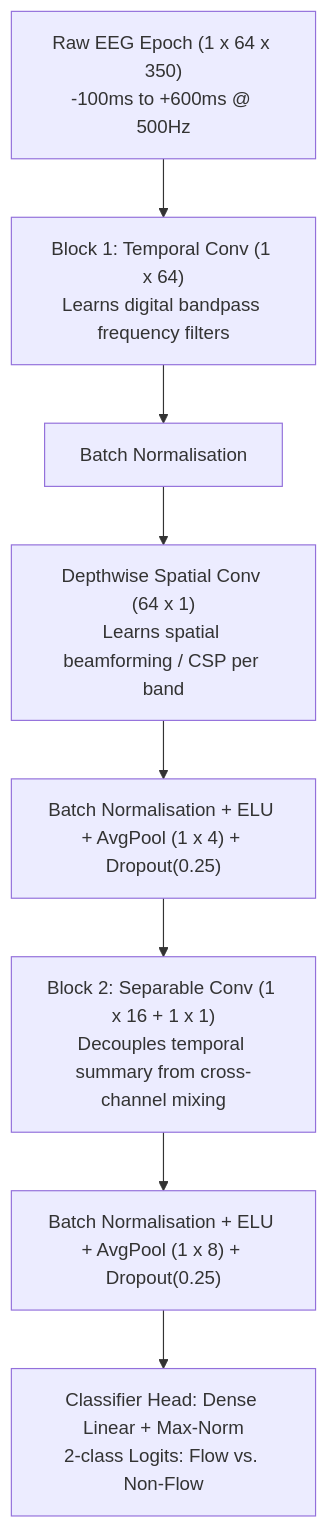
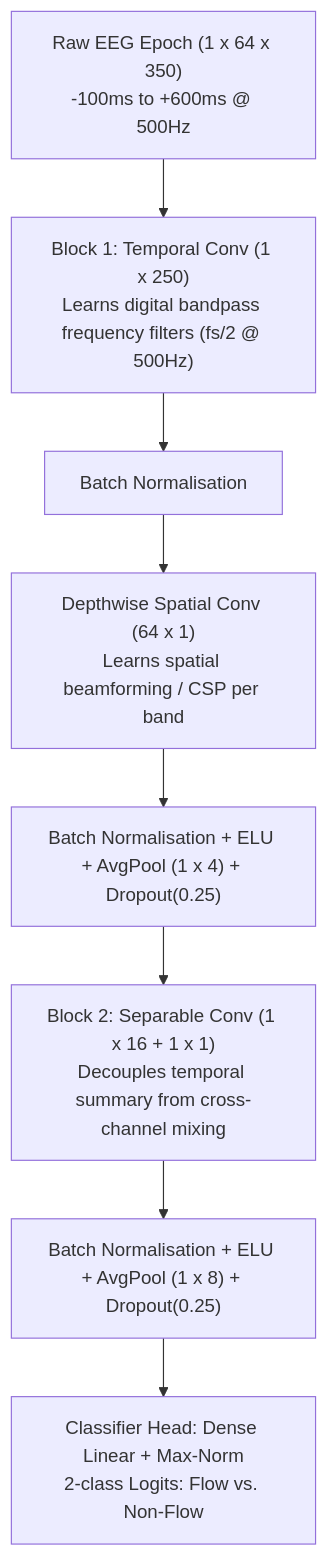
The diagram in docs/eegnet_architecture_summary.md (SKR-Psych/vr-eeg-flow-classifier), drawn with Mermaid before and after one commit. The commit also changed other lines of this file and 3 other files, not shown here.

Commit message:
feat: implement EEGNet architecture with max-norm constraints, unit tests, and documentation

````diff
--- a/docs/eegnet_architecture_summary.md
+++ b/docs/eegnet_architecture_summary.md
@@ -20,10 +20,10 @@
 ```mermaid
 graph TD
-    A["Raw EEG Epoch (1 x 64 x 350)<br/>-100ms to +600ms @ 500Hz"] --> B["Block 1: Temporal Conv (1 x 64)<br/>Learns digital bandpass frequency filters"]
+    A["Raw EEG Epoch (1 x 64 x 350)<br/>-100ms to +600ms @ 500Hz"] --> B["Block 1: Temporal Conv (1 x 250)<br/>Learns digital bandpass frequency filters (fs/2 @ 500Hz)"]
     B --> C["Batch Normalisation"]
     C --> D["Depthwise Spatial Conv (64 x 1)<br/>Learns spatial beamforming / CSP per band"]
     D --> E["Batch Normalisation + ELU + AvgPool (1 x 4) + Dropout(0.25)"]
     E --> F["Block 2: Separable Conv (1 x 16 + 1 x 1)<br/>Decouples temporal summary from cross-channel mixing"]
     F --> G["Batch Normalisation + ELU + AvgPool (1 x 8) + Dropout(0.25)"]
     G --> H["Classifier Head: Dense Linear + Max-Norm<br/>2-class Logits: Flow vs. Non-Flow"]
 ```
````
